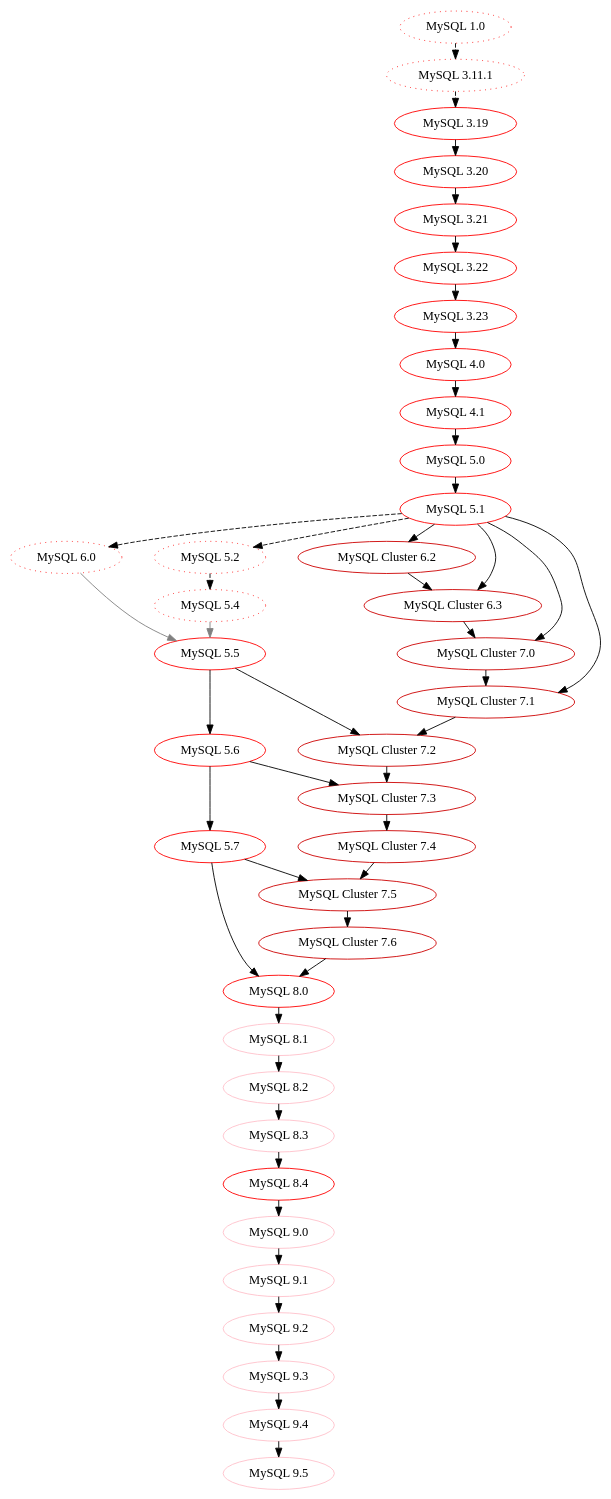
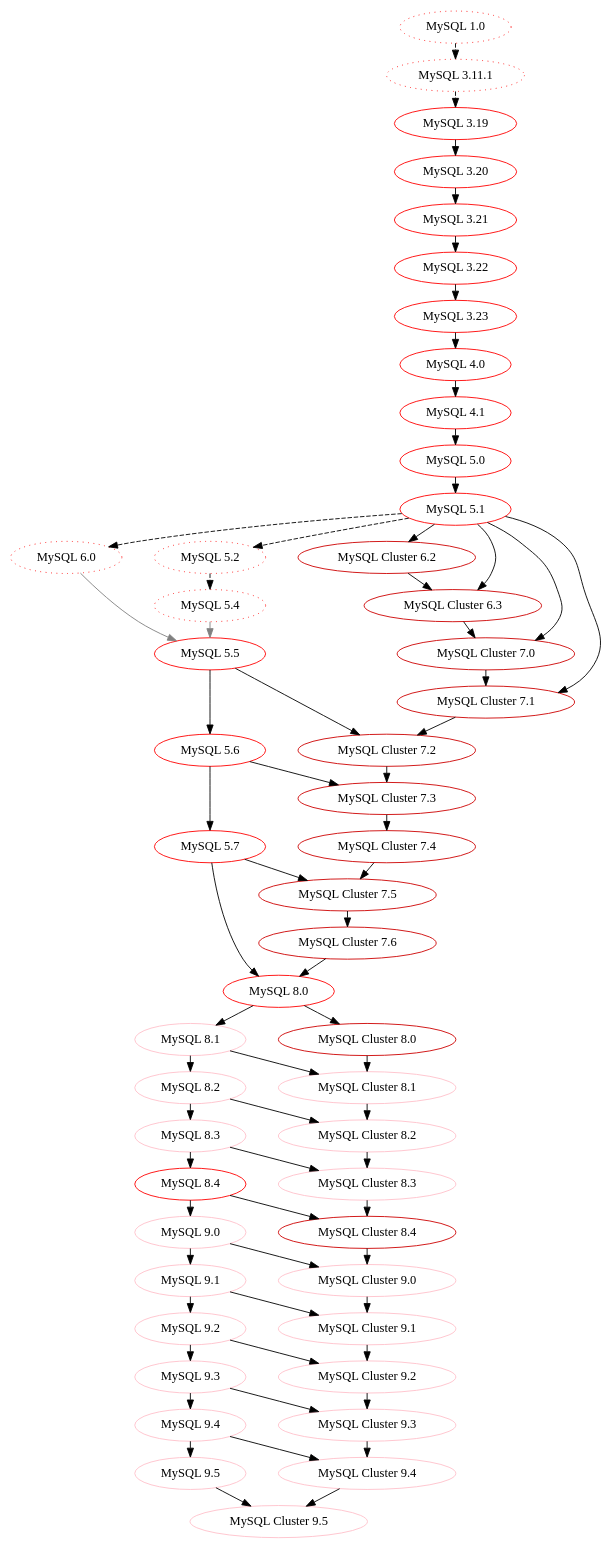
One commit to dveeden/mysql-history-graph changed the diagram in mysql-only-history.dot. Above: the diagram before and after it, drawn with Graphviz. The commit also changed 1 other file, not shown here.

Commit message:
Add MySQL Cluster versions from 8.0+
- MySQL NDB Cluster is relased as its own product although using the same branch as main MySQL.
- Move RonDB to be based off of MySQL Cluster.

```diff
--- a/mysql-only-history.dot
+++ b/mysql-only-history.dot
@@ -1,110 +1,142 @@
 digraph mysql_only_history_graph {
     /* vim: tabstop=4
 
 	   Standards:
 	   Non-GA: 		                    dashed
 	   Abandoned / No public release: 	dotted
 	   Oracle MySQL: 	                LTS=red, Innovation=pink
 	   MySQL Cluster: 	                red3
 	*/
 
 	nodesep=0.5;
 	ranksep=0.25;
 
 	/* MySQL/Sun/Oracle MySQL GA */
 	"MySQL 3.19" [color="red"];
 	"MySQL 3.20" [color="red"];
 	"MySQL 3.21" [color="red"];
 	"MySQL 3.22" [color="red"];
 	"MySQL 3.23" [color="red"];
 	"MySQL 4.0" [color="red"];
 	"MySQL 4.1" [color="red"];
 	"MySQL 5.0" [color="red"];
 	"MySQL 5.1" [color="red"];
 	"MySQL 5.5" [color="red"];
 	"MySQL 5.6" [color="red"];
 	"MySQL 5.7" [color="red"];
 	"MySQL 8.0" [color="red"];
 	"MySQL 8.1" [color="pink"];
 	"MySQL 8.2" [color="pink"];
 	"MySQL 8.3" [color="pink"];
 	"MySQL 8.4" [color="red"];
 	"MySQL 9.0" [color="pink"];
 	"MySQL 9.1" [color="pink"];
 	"MySQL 9.2" [color="pink"];
 	"MySQL 9.3" [color="pink"];
 	"MySQL 9.4" [color="pink"];
 	"MySQL 9.5" [color="pink"];
 	"MySQL 3.19" -> "MySQL 3.20";
 	"MySQL 3.20" -> "MySQL 3.21";
 	"MySQL 3.21" -> "MySQL 3.22";
 	"MySQL 3.22" -> "MySQL 3.23";
 	"MySQL 3.23" -> "MySQL 4.0";
 	"MySQL 4.0" -> "MySQL 4.1";
 	"MySQL 4.1" -> "MySQL 5.0";
 	"MySQL 5.0" -> "MySQL 5.1";
 	"MySQL 6.0" -> "MySQL 5.5" [color="grey"]; // Optimizer improvements
 	"MySQL 5.4" -> "MySQL 5.5" [color="grey"]; // InnoDB Scalability
 	"MySQL 5.5" -> "MySQL 5.6";
 	"MySQL 5.6" -> "MySQL 5.7";
 	"MySQL 5.7" -> "MySQL 8.0";
 	"MySQL Cluster 7.6" -> "MySQL 8.0";
 	"MySQL 8.0" -> "MySQL 8.1";
 	"MySQL 8.1" -> "MySQL 8.2";
 	"MySQL 8.2" -> "MySQL 8.3";
 	"MySQL 8.3" -> "MySQL 8.4";
 	"MySQL 8.4" -> "MySQL 9.0";
 	"MySQL 9.0" -> "MySQL 9.1";
 	"MySQL 9.1" -> "MySQL 9.2";
 	"MySQL 9.2" -> "MySQL 9.3";
 	"MySQL 9.3" -> "MySQL 9.4";
 	"MySQL 9.4" -> "MySQL 9.5";
 
 	/* MySQL/Sun/Oracle non-GA */	
 	//
 	// "1.0 was released to a limited group of four people"
 	// "3.11.1 was released to the public as a binary distribution for Solaris"
 	//
 	// Source:
 	//   MySQL Introduction:
 	//   A look at the MySQL database--where it's been, where it is now, and where it's going.
 	//   by David Axmark and Michael Widenius
 	// https://dl.acm.org/doi/fullHtml/10.5555/328036.328041
 
 	"MySQL 1.0" [color="red",style="dotted"];
 	"MySQL 3.11.1" [color="red",style="dotted"];
 	"MySQL 5.2" [color="red",style="dotted"];
 	"MySQL 5.4" [color="red",style="dotted"];
 	"MySQL 6.0" [color="red",style="dotted"];
 	"MySQL 1.0" -> "MySQL 3.11.1" [style="dashed"];
 	"MySQL 3.11.1" -> "MySQL 3.19" [style="dashed"];
 	"MySQL 5.1" -> "MySQL 5.2" [style="dashed"];
 	"MySQL 5.1" -> "MySQL 6.0" [style="dashed"];
 	"MySQL 5.2" -> "MySQL 5.4" [style="dashed"];
 
 	/* MySQL Cluster (NDB) */
 	"MySQL Cluster 6.2" [color="red3"]
 	"MySQL Cluster 6.3" [color="red3"]
 	"MySQL Cluster 7.0" [color="red3"]
 	"MySQL Cluster 7.1" [color="red3"]
 	"MySQL Cluster 7.2" [color="red3"]
 	"MySQL Cluster 7.3"  [color="red3"]
 	"MySQL Cluster 7.4"  [color="red3"]
 	"MySQL Cluster 7.5"  [color="red3"]
 	"MySQL Cluster 7.6"  [color="red3"]
 	"MySQL 5.1" -> "MySQL Cluster 6.2";
 	"MySQL 5.1" -> "MySQL Cluster 6.3";
 	"MySQL Cluster 6.2" -> "MySQL Cluster 6.3";
 	"MySQL 5.1" -> "MySQL Cluster 7.0";
 	"MySQL Cluster 6.3" -> "MySQL Cluster 7.0";
 	"MySQL 5.1" -> "MySQL Cluster 7.1";
 	"MySQL Cluster 7.0" -> "MySQL Cluster 7.1";
 	"MySQL 5.5" -> "MySQL Cluster 7.2";
 	"MySQL Cluster 7.1" -> "MySQL Cluster 7.2";
 	"MySQL 5.6" -> "MySQL Cluster 7.3";
 	"MySQL Cluster 7.2" -> "MySQL Cluster 7.3";
 	"MySQL Cluster 7.3" -> "MySQL Cluster 7.4";
 	"MySQL 5.7" -> "MySQL Cluster 7.5";
 	"MySQL Cluster 7.4" -> "MySQL Cluster 7.5";
 	"MySQL Cluster 7.5" -> "MySQL Cluster 7.6";
+	"MySQL Cluster 8.0"  [color="red3"]
+	"MySQL Cluster 8.1"  [color="pink"]
+	"MySQL Cluster 8.2"  [color="pink"]
+	"MySQL Cluster 8.3"  [color="pink"]
+	"MySQL Cluster 8.4"  [color="red3"]
+	"MySQL Cluster 9.0"  [color="pink"]
+	"MySQL Cluster 9.1"  [color="pink"]
+	"MySQL Cluster 9.2"  [color="pink"]
+	"MySQL Cluster 9.3"  [color="pink"]
+	"MySQL Cluster 9.4"  [color="pink"]
+	"MySQL Cluster 9.5"  [color="pink"]
+	"MySQL 8.0" -> "MySQL Cluster 8.0";
+	"MySQL Cluster 8.0" -> "MySQL Cluster 8.1";
+	"MySQL 8.1" -> "MySQL Cluster 8.1";
+	"MySQL Cluster 8.1" -> "MySQL Cluster 8.2";
+	"MySQL 8.2" -> "MySQL Cluster 8.2";
+	"MySQL Cluster 8.2" -> "MySQL Cluster 8.3";
+	"MySQL 8.3" -> "MySQL Cluster 8.3";
+	"MySQL Cluster 8.3" -> "MySQL Cluster 8.4";
+	"MySQL 8.4" -> "MySQL Cluster 8.4";
+	"MySQL Cluster 8.4" -> "MySQL Cluster 9.0";
+	"MySQL 9.0" -> "MySQL Cluster 9.0";
+	"MySQL Cluster 9.0" -> "MySQL Cluster 9.1";
+	"MySQL 9.1" -> "MySQL Cluster 9.1";
+	"MySQL Cluster 9.1" -> "MySQL Cluster 9.2";
+	"MySQL 9.2" -> "MySQL Cluster 9.2";
+	"MySQL Cluster 9.2" -> "MySQL Cluster 9.3";
+	"MySQL 9.3" -> "MySQL Cluster 9.3";
+	"MySQL Cluster 9.3" -> "MySQL Cluster 9.4";
+	"MySQL 9.4" -> "MySQL Cluster 9.4";
+	"MySQL Cluster 9.4" -> "MySQL Cluster 9.5";
+	"MySQL 9.5" -> "MySQL Cluster 9.5";
 }
```
